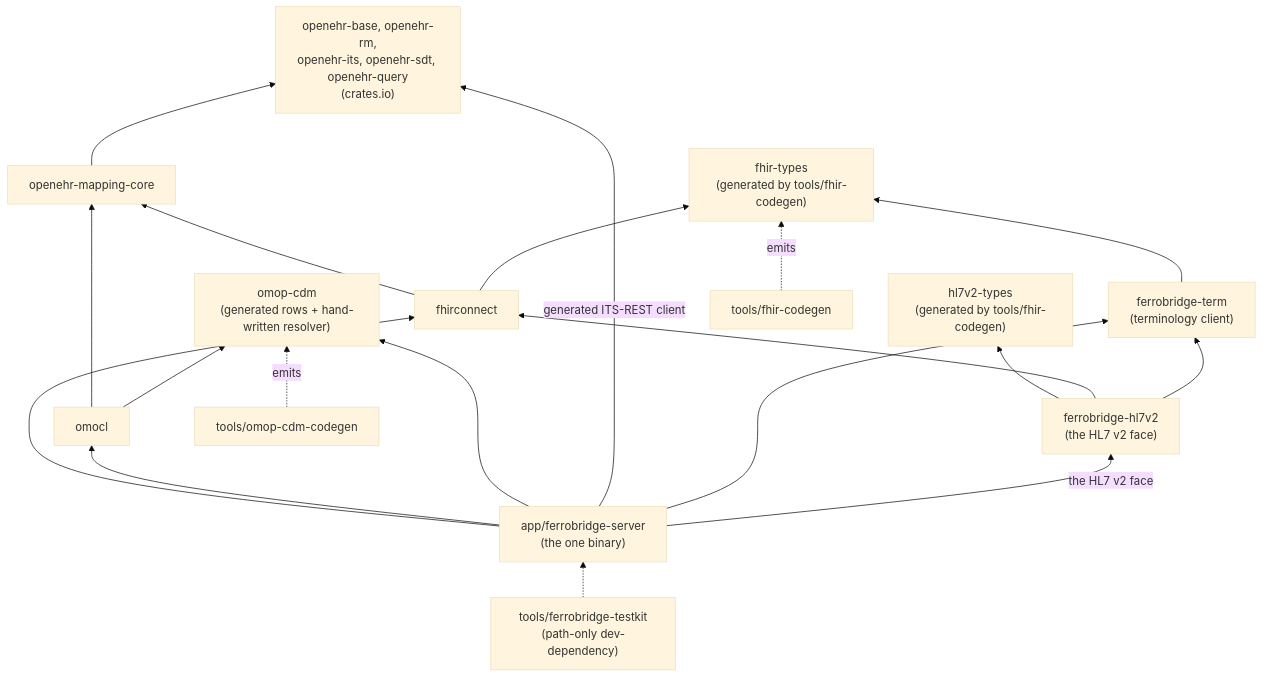
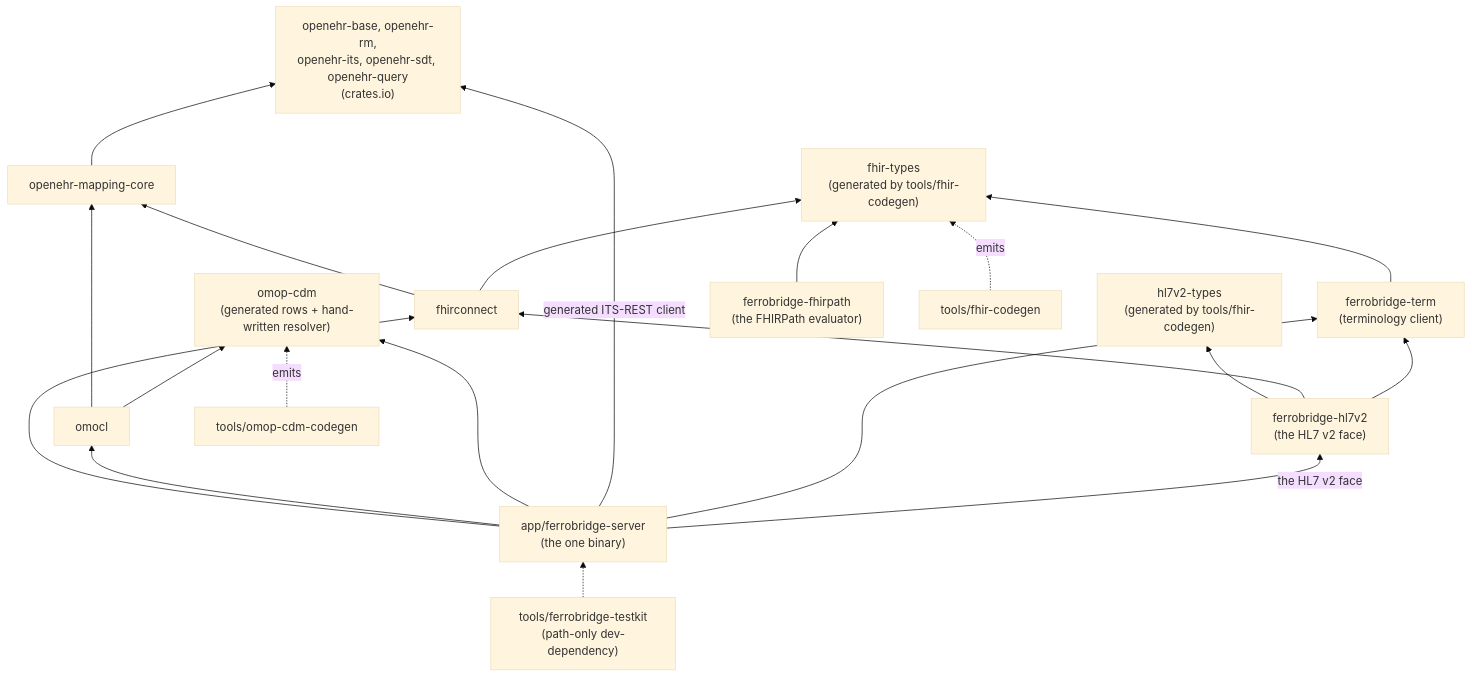
The eighth of 10 diagrams in docs/architecture.md (FerroHEALTH/FerroBRIDGE), drawn with Mermaid (base theme) before and after one commit. The commit also changed other lines of this file and 72 other files, not shown here.

First line of the commit message:
feat(fhirpath): a FHIRPath N1 evaluator with the FHIR R4 additions (#462)

````diff
--- a/docs/architecture.md
+++ b/docs/architecture.md
@@ -1184,25 +1185,26 @@
 ```mermaid
 flowchart BT
     FT["fhir-types<br/>(generated by tools/fhir-codegen)"]
     HV["hl7v2-types<br/>(generated by tools/fhir-codegen)"]
     OE["openehr-base, openehr-rm,<br/>openehr-its, openehr-sdt, openehr-query<br/>(crates.io)"]
     MC["openehr-mapping-core"] --> OE
     FC["fhirconnect"] --> MC
     FC --> FT
     OM["omocl"] --> MC
     OC["omop-cdm<br/>(generated rows + hand-written resolver)"]
     OM --> OC
     TC["ferrobridge-term<br/>(terminology client)"] --> FT
     HL["ferrobridge-hl7v2<br/>(the HL7 v2 face)"] --> HV
     HL --> FC
     HL --> TC
+    FP["ferrobridge-fhirpath<br/>(the FHIRPath evaluator)"] --> FT
     SV["app/ferrobridge-server<br/>(the one binary)"] --> FC
     SV --> OM
     SV --> OC
     SV -->|"generated ITS-REST client"| OE
     SV --> TC
     SV -->|"the HL7 v2 face"| HL
     TK["tools/ferrobridge-testkit<br/>(path-only dev-dependency)"] -.-> SV
     CG["tools/fhir-codegen"] -.->|"emits"| FT
     OG["tools/omop-cdm-codegen"] -.->|"emits"| OC
 ```
````
